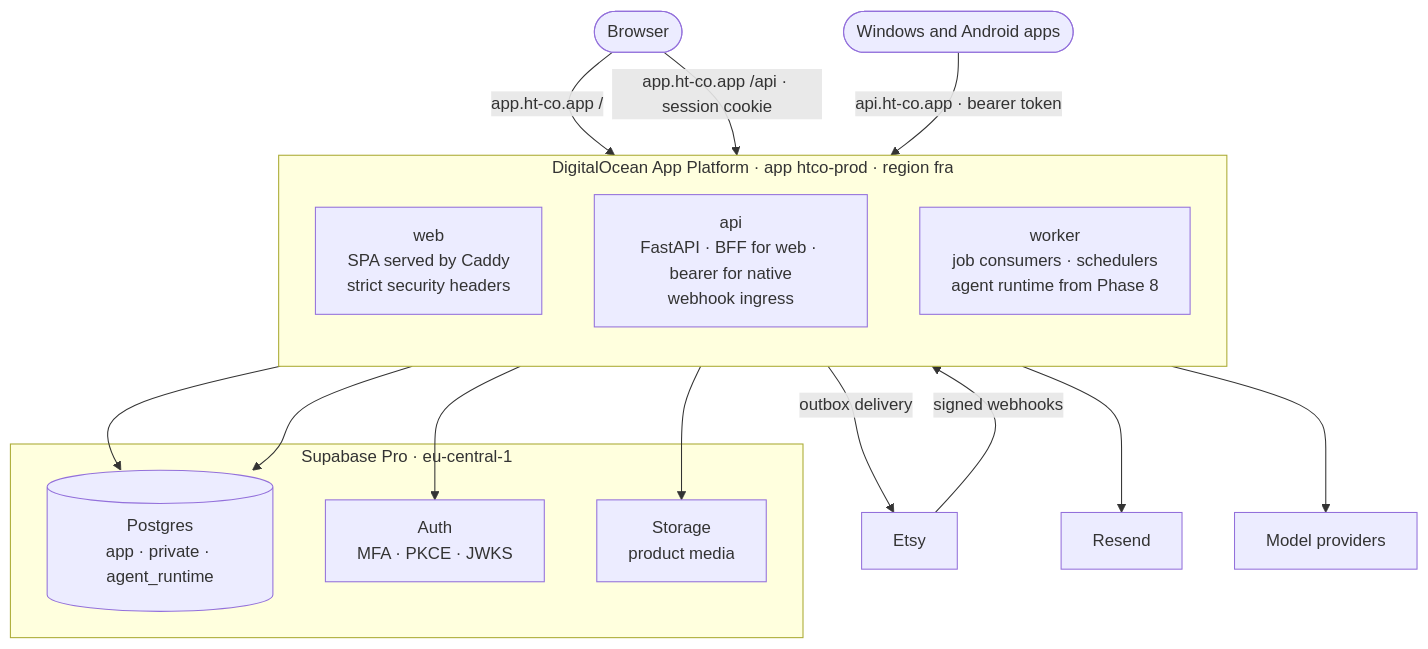
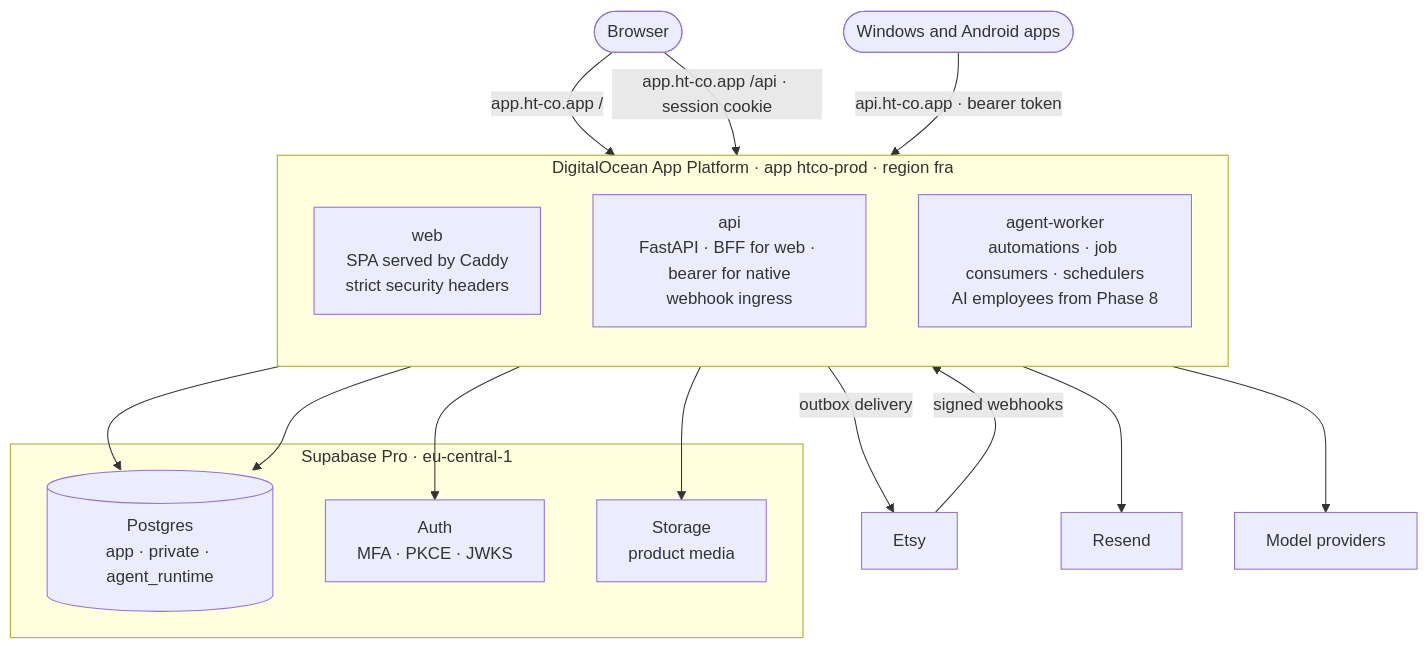
The second of 5 diagrams in docs/architecture/SOFTWARE_DESIGN.md (Tzvi1234/htco-platform), drawn with Mermaid before and after one commit. The commit also changed other lines of this file and 65 other files, not shown here.

First line of the commit message:
docs: adopt the living-office architecture across the plan, PRD and design docs

````diff
--- a/docs/architecture/SOFTWARE_DESIGN.md
+++ b/docs/architecture/SOFTWARE_DESIGN.md
@@ -46,25 +46,25 @@
 ```mermaid
 flowchart TB
   subgraph DO[DigitalOcean App Platform · app htco-prod · region fra]
     direction TB
     web[web<br/>SPA served by Caddy<br/>strict security headers]
     api[api<br/>FastAPI · BFF for web · bearer for native<br/>webhook ingress]
-    worker[worker<br/>job consumers · schedulers<br/>agent runtime from Phase 8]
+    worker[agent-worker<br/>automations · job consumers · schedulers<br/>AI employees from Phase 8]
   end
   subgraph SB[Supabase Pro · eu-central-1]
     pg[(Postgres<br/>app · private · agent_runtime)]
     auth[Auth<br/>MFA · PKCE · JWKS]
     store[Storage<br/>product media]
   end
   browser([Browser]) -->|app.ht-co.app /| web
   browser -->|app.ht-co.app /api · session cookie| api
   native([Windows and Android apps]) -->|api.ht-co.app · bearer token| api
   etsy[Etsy] -->|signed webhooks| api
   api --> pg
   worker --> pg
   api --> auth
   worker --> store
   worker -->|outbox delivery| etsy
   worker --> resend[Resend]
   worker --> gw[Model providers]
 ```
````
